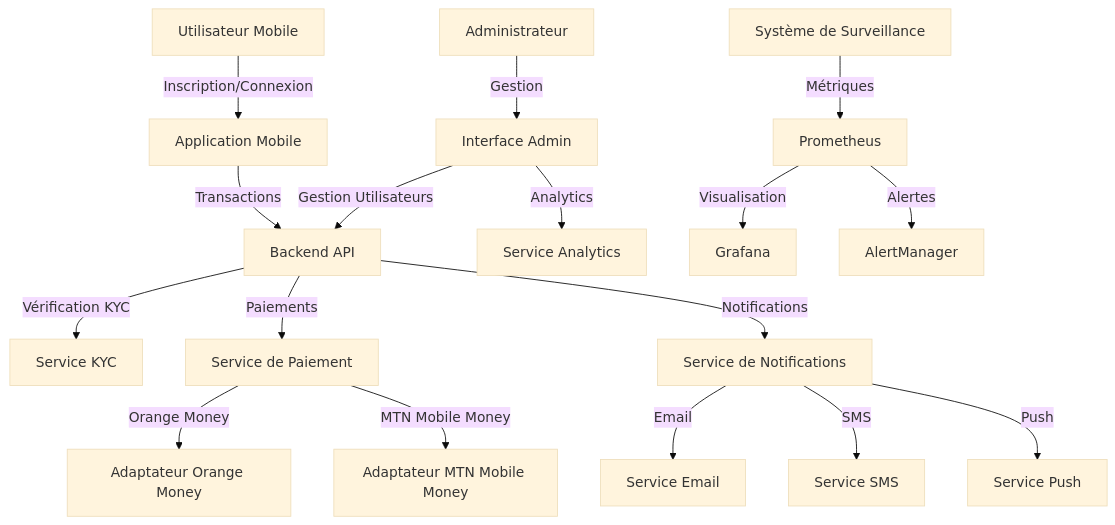
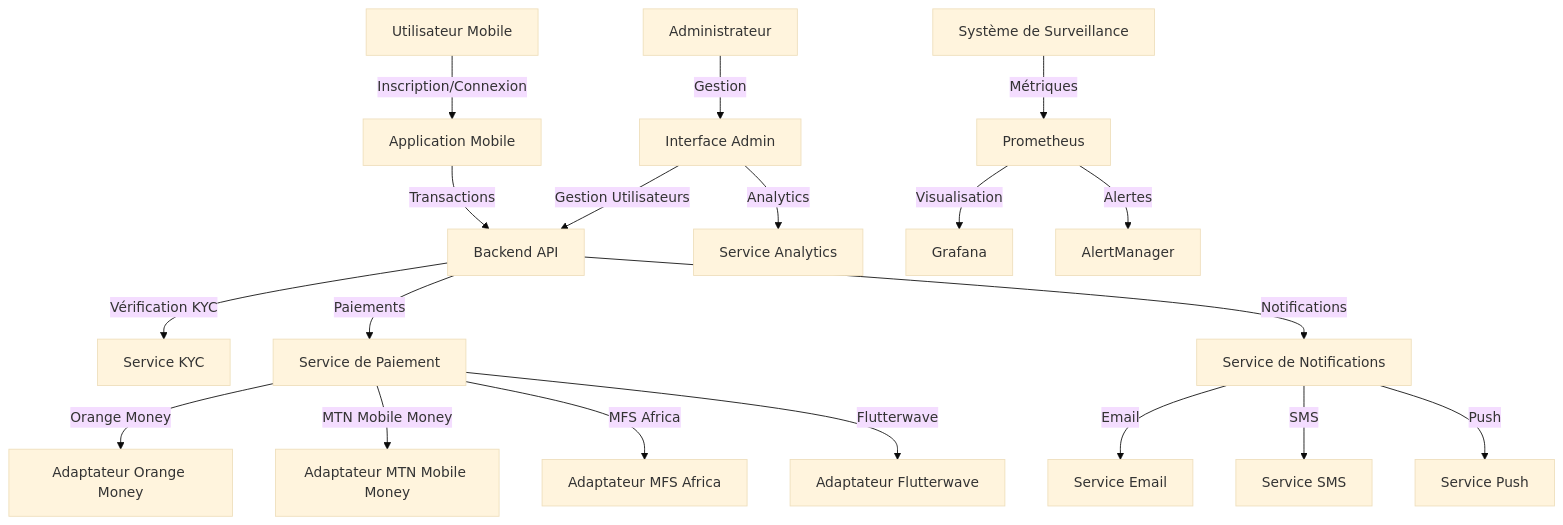
Before and after one commit to cabrelngamaleu/TransAfrikMob: the diagram in crosspay-africa/README.md, drawn with Mermaid (base theme). The commit also changed other lines of this file, not shown here.

````diff
--- a/crosspay-africa/README.md
+++ b/crosspay-africa/README.md
@@ -25,19 +29,21 @@
 ```mermaid
 graph TD
     A[Utilisateur Mobile] -->|Inscription/Connexion| B[Application Mobile]
     B -->|Transactions| C[Backend API]
     C -->|Vérification KYC| D[Service KYC]
     C -->|Paiements| E[Service de Paiement]
     E -->|Orange Money| F[Adaptateur Orange Money]
     E -->|MTN Mobile Money| G[Adaptateur MTN Mobile Money]
-    C -->|Notifications| H[Service de Notifications]
-    H -->|Email| I[Service Email]
-    H -->|SMS| J[Service SMS]
-    H -->|Push| K[Service Push]
-    L[Administrateur] -->|Gestion| M[Interface Admin]
-    M -->|Analytics| N[Service Analytics]
-    M -->|Gestion Utilisateurs| C
-    O[Système de Surveillance] -->|Métriques| P[Prometheus]
-    P -->|Visualisation| Q[Grafana]
-    P -->|Alertes| R[AlertManager]
+    E -->|MFS Africa| H[Adaptateur MFS Africa]
+    E -->|Flutterwave| I[Adaptateur Flutterwave]
+    C -->|Notifications| J[Service de Notifications]
+    J -->|Email| K[Service Email]
+    J -->|SMS| L[Service SMS]
+    J -->|Push| M[Service Push]
+    N[Administrateur] -->|Gestion| O[Interface Admin]
+    O -->|Analytics| P[Service Analytics]
+    O -->|Gestion Utilisateurs| C
+    Q[Système de Surveillance] -->|Métriques| R[Prometheus]
+    R -->|Visualisation| S[Grafana]
+    R -->|Alertes| T[AlertManager]
 ```
````
